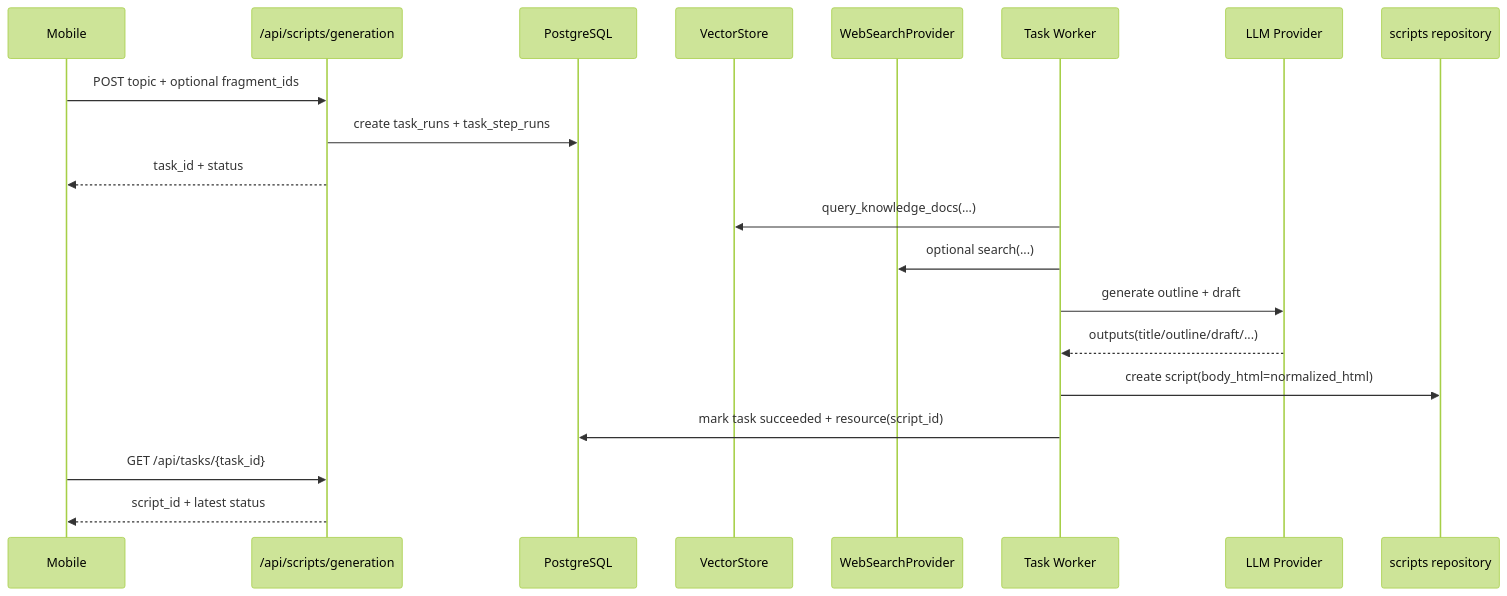
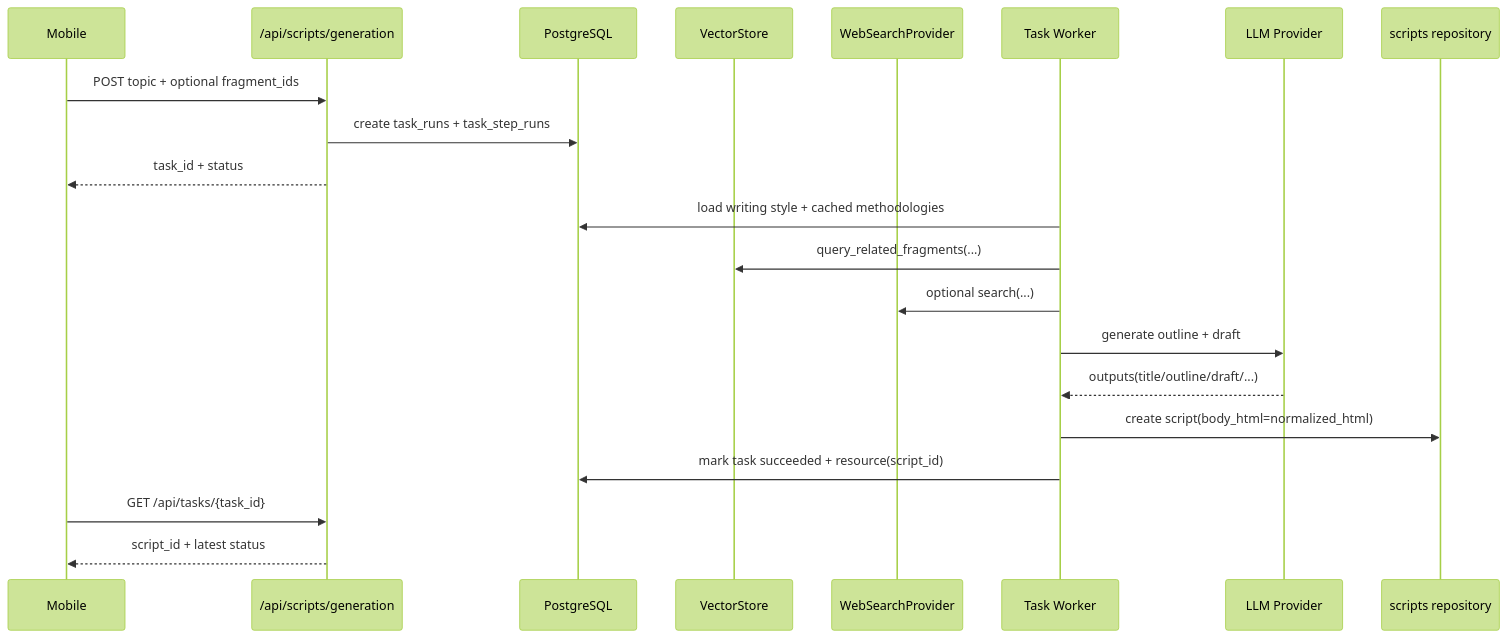
One commit to YCZA2/SparkFlow changed the seventh of 10 diagrams in memory-bank/architecture.md. Above: the diagram before and after it, drawn with Mermaid (forest theme). The commit also changed other lines of this file and 4 other files, not shown here.

````diff
--- a/memory-bank/architecture.md
+++ b/memory-bank/architecture.md
@@ -535,23 +536,24 @@
 ```mermaid
 sequenceDiagram
     participant App as Mobile
     participant API as /api/scripts/generation
     participant DB as PostgreSQL
     participant VDB as VectorStore
     participant WEB as WebSearchProvider
     participant TASK as Task Worker
     participant LLM as LLM Provider
     participant SCRIPT as scripts repository
 
     App->>API: POST topic + optional fragment_ids
     API->>DB: create task_runs + task_step_runs
     API-->>App: task_id + status
-    TASK->>VDB: query_knowledge_docs(...)
+    TASK->>DB: load writing style + cached methodologies
+    TASK->>VDB: query_related_fragments(...)
     TASK->>WEB: optional search(...)
     TASK->>LLM: generate outline + draft
     LLM-->>TASK: outputs(title/outline/draft/...)
     TASK->>SCRIPT: create script(body_html=normalized_html)
     TASK->>DB: mark task succeeded + resource(script_id)
     App->>API: GET /api/tasks/{task_id}
     API-->>App: script_id + latest status
 ```
````
